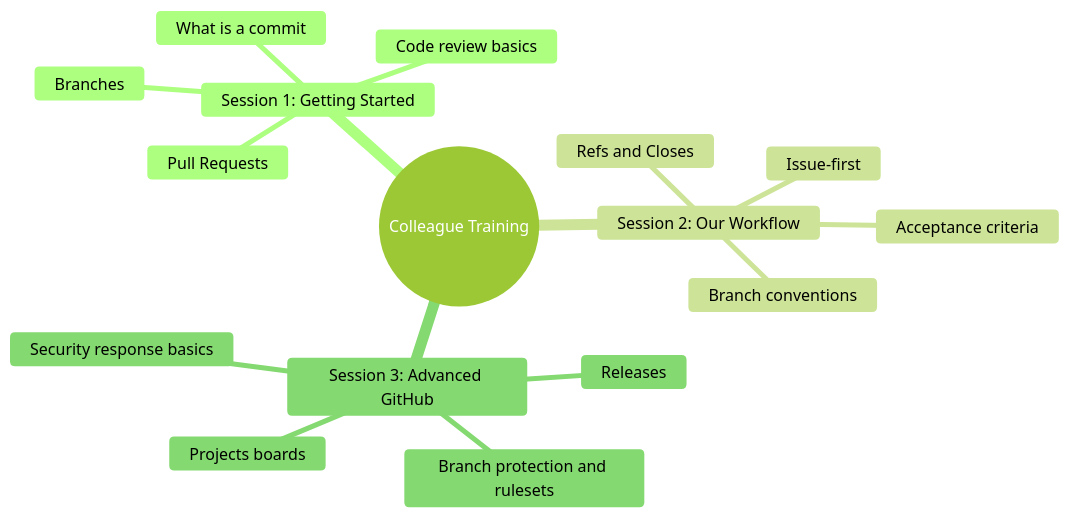
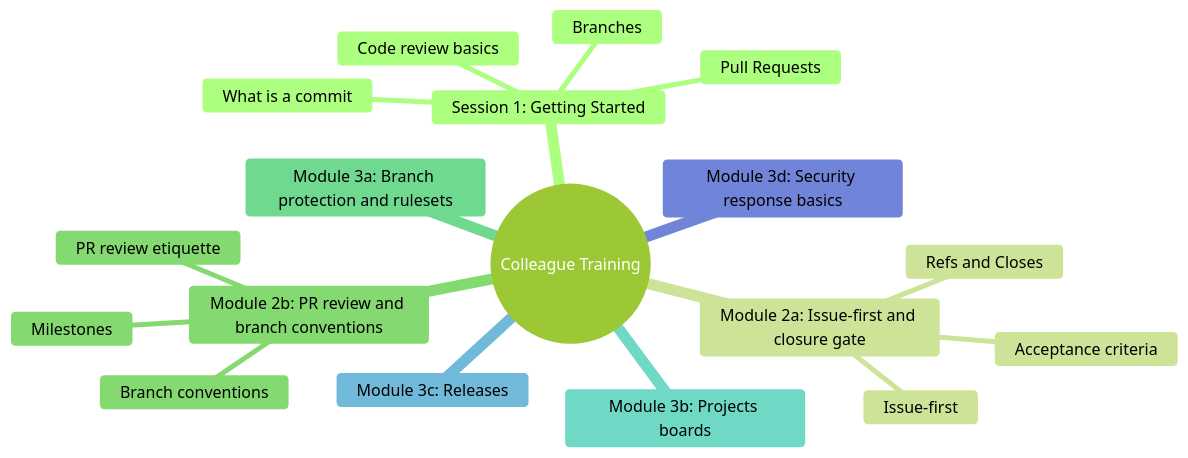
The second of 2 diagrams in education/README.md (JeanKadang/DOC-GitHub-Practice-Skills), drawn with Mermaid (forest theme) before and after one commit. The commit also changed other lines of this file, not shown here.

````diff
--- a/education/README.md
+++ b/education/README.md
@@ -44,19 +47,21 @@
 ```mermaid
 mindmap
   root((Colleague Training))
     Session 1: Getting Started
       What is a commit
       Branches
       Pull Requests
       Code review basics
-    Session 2: Our Workflow
+    Module 2a: Issue-first and closure gate
       Issue-first
       Refs and Closes
       Acceptance criteria
+    Module 2b: PR review and branch conventions
+      PR review etiquette
       Branch conventions
-    Session 3: Advanced GitHub
-      Branch protection and rulesets
-      Projects boards
-      Releases
-      Security response basics
+      Milestones
+    Module 3a: Branch protection and rulesets
+    Module 3b: Projects boards
+    Module 3c: Releases
+    Module 3d: Security response basics
 ```
````
